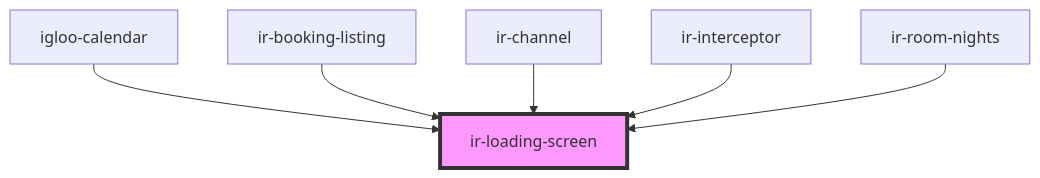
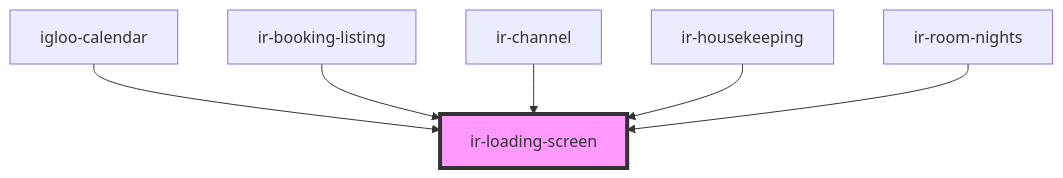
Before and after one commit to David1Chowaifaty/modified-ir-webcmp: the diagram in src/components/ir-loading-screen/readme.md, drawn with Mermaid. The commit also changed other lines of this file and 10 other files, not shown here.

````diff
--- a/src/components/ir-loading-screen/readme.md
+++ b/src/components/ir-loading-screen/readme.md
@@ -26,9 +26,9 @@
 ```mermaid
 graph TD;
   igloo-calendar --> ir-loading-screen
   ir-booking-listing --> ir-loading-screen
   ir-channel --> ir-loading-screen
-  ir-interceptor --> ir-loading-screen
+  ir-housekeeping --> ir-loading-screen
   ir-room-nights --> ir-loading-screen
   style ir-loading-screen fill:#f9f,stroke:#333,stroke-width:4px
 ```
````
